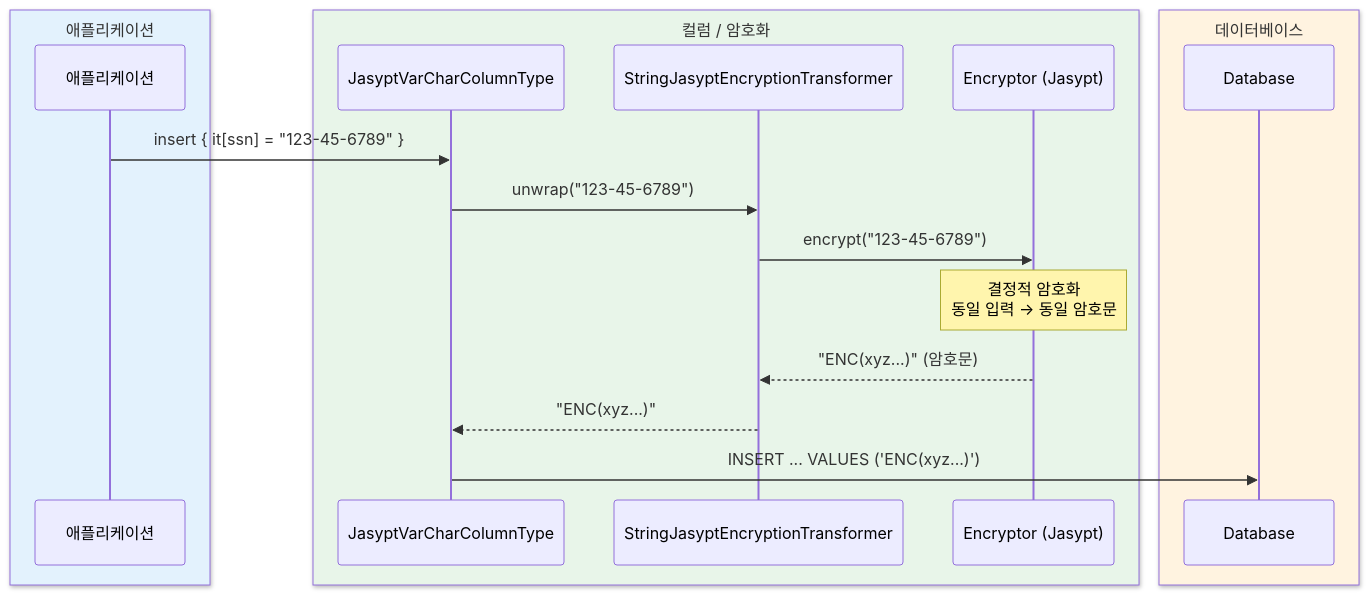
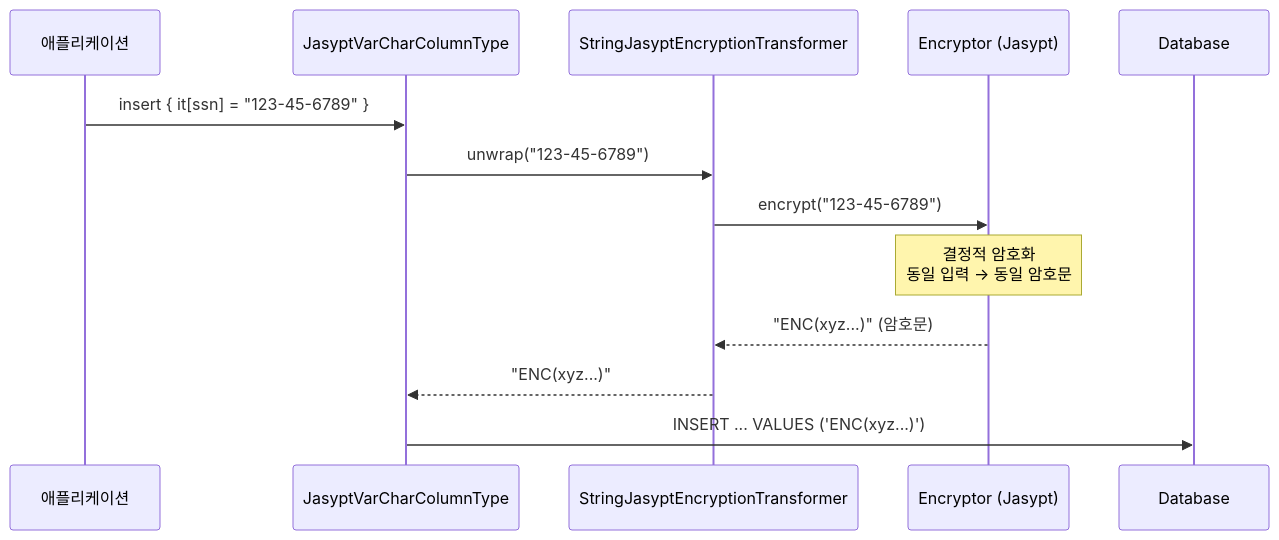
Before and after one commit to bluetape4k/bluetape4k-projects: the third of 4 diagrams in data/exposed-jasypt/README.ko.md, drawn with Mermaid. The commit also changed other lines of this file and 219 other files, not shown here.

First line of the commit message:
docs: 전체 README Mermaid 다이어그램 가이드 적용

````diff
--- a/data/exposed-jasypt/README.ko.md
+++ b/data/exposed-jasypt/README.ko.md
@@ -184,22 +184,16 @@
 ```mermaid
 sequenceDiagram
-    box rgb(227, 242, 253) 애플리케이션
         participant App as 애플리케이션
-    end
-    box rgb(232, 245, 233) 컬럼 / 암호화
         participant Col as JasyptVarCharColumnType
         participant Tx as StringJasyptEncryptionTransformer
         participant Enc as Encryptor (Jasypt)
-    end
-    box rgb(255, 243, 224) 데이터베이스
         participant DB as Database
-    end
 
     App->>Col: insert { it[ssn] = "123-45-6789" }
     Col->>Tx: unwrap("123-45-6789")
     Tx->>Enc: encrypt("123-45-6789")
     Note over Enc: 결정적 암호화<br/>동일 입력 → 동일 암호문
     Enc-->>Tx: "ENC(xyz...)" (암호문)
     Tx-->>Col: "ENC(xyz...)"
     Col->>DB: INSERT ... VALUES ('ENC(xyz...)')
 ```
````
